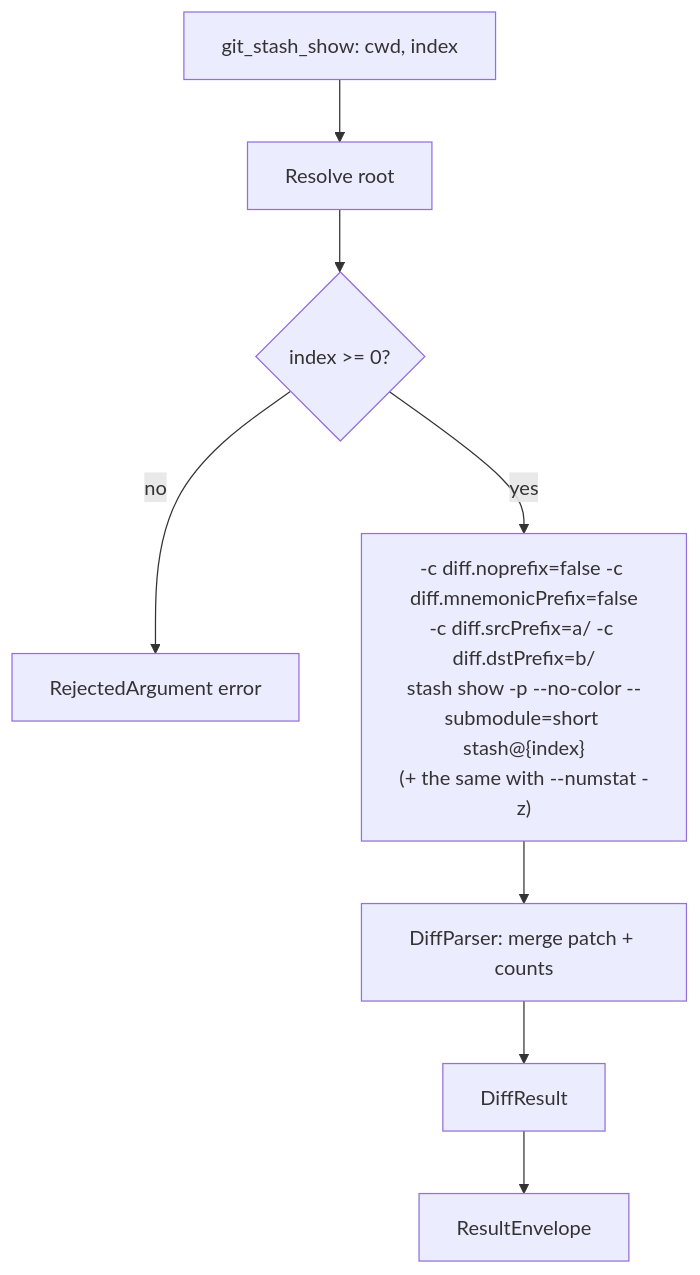
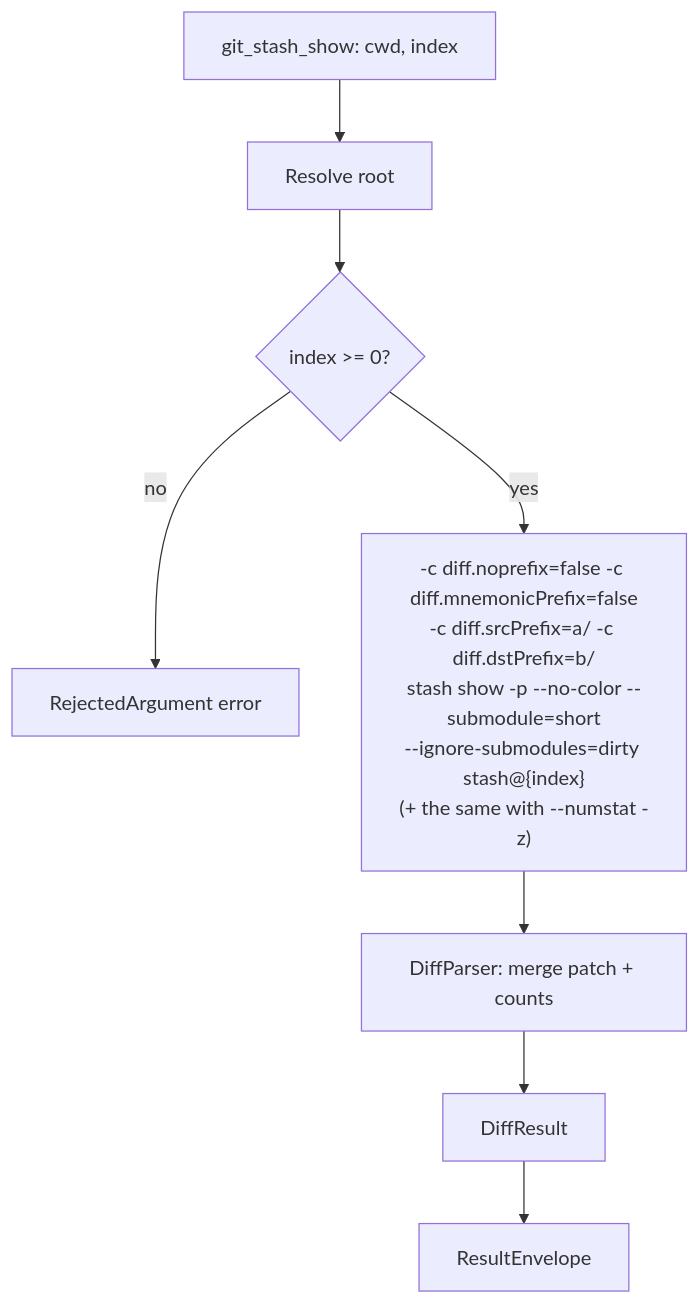
One commit to brenordv/mcp-toolset changed diagram 13 of 14 in src/RaccoonNinja.McpToolset.Server.GitOps/README.md. Above: the diagram before and after it, drawn with Mermaid. The commit also changed other lines of this file and 13 other files, not shown here.

First line of the commit message:
**Pin `--ignore-submodules=dirty` for consistent behavior in `git_log`, `git_diff`, `git_show`, and `git_stash_show`; override `log.follow=true` in config**

````diff
--- a/src/RaccoonNinja.McpToolset.Server.GitOps/README.md
+++ b/src/RaccoonNinja.McpToolset.Server.GitOps/README.md
@@ -439,10 +446,10 @@
 ```mermaid
 flowchart TD
     A["git_stash_show: cwd, index"] --> B[Resolve root]
     B --> C{index >= 0?}
     C -- no --> D[RejectedArgument error]
-    C -- yes --> E["-c diff.noprefix=false -c diff.mnemonicPrefix=false<br/>-c diff.srcPrefix=a/ -c diff.dstPrefix=b/<br/>stash show -p --no-color --submodule=short stash@{index}<br/>(+ the same with --numstat -z)"]
+    C -- yes --> E["-c diff.noprefix=false -c diff.mnemonicPrefix=false<br/>-c diff.srcPrefix=a/ -c diff.dstPrefix=b/<br/>stash show -p --no-color --submodule=short<br/>--ignore-submodules=dirty stash@{index}<br/>(+ the same with --numstat -z)"]
     E --> F[DiffParser: merge patch + counts]
     F --> G[DiffResult]
     G --> H[ResultEnvelope]
 ```
````
